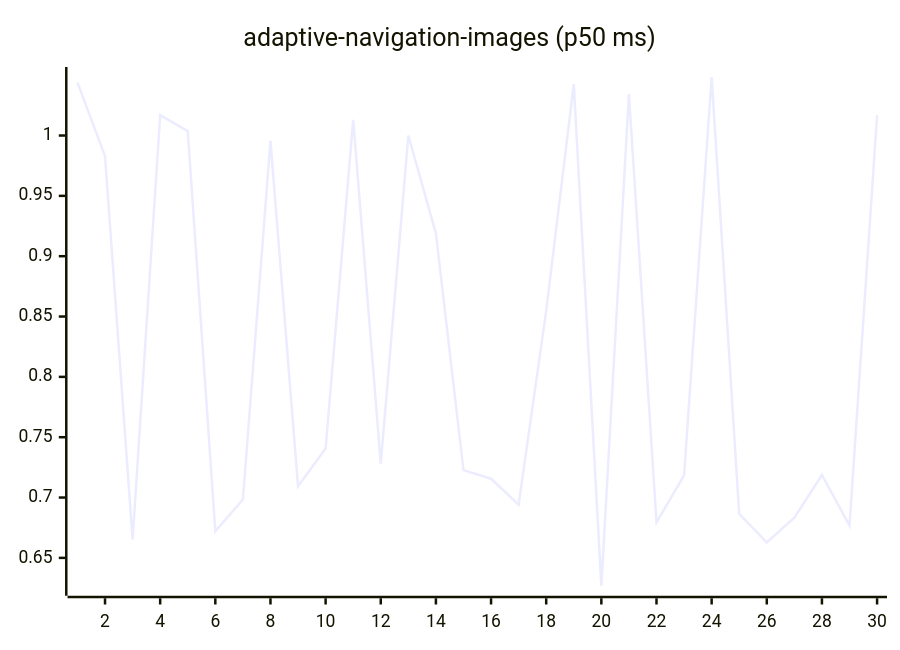
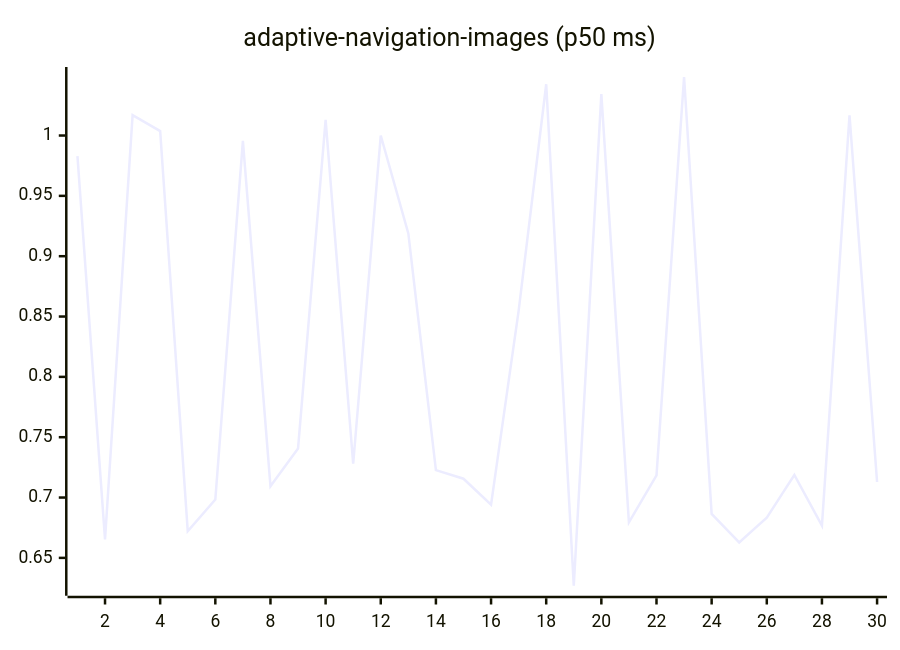
Before and after one commit to josha/Facet: the first of 27 diagrams in README.md, drawn with Mermaid. The commit also changed other lines of this file and 2 other files, not shown here.

````diff
--- a/README.md
+++ b/README.md
@@ -63,6 +63,6 @@
 ```mermaid
 xychart-beta
     title "adaptive-navigation-images (p50 ms)"
     x-axis 1 --> 30
-    line [1.0439, 0.9829, 0.6652, 1.0169, 1.0037, 0.6721, 0.6983, 0.9956, 0.7094, 0.7407, 1.0129, 0.7280, 1.0000, 0.9189, 0.7227, 0.7156, 0.6941, 0.8547, 1.0425, 0.6269, 1.0344, 0.6795, 0.7184, 1.0485, 0.6864, 0.6628, 0.6834, 0.7187, 0.6768, 1.0168]
+    line [0.9829, 0.6652, 1.0169, 1.0037, 0.6721, 0.6983, 0.9956, 0.7094, 0.7407, 1.0129, 0.7280, 1.0000, 0.9189, 0.7227, 0.7156, 0.6941, 0.8547, 1.0425, 0.6269, 1.0344, 0.6795, 0.7184, 1.0485, 0.6864, 0.6628, 0.6834, 0.7187, 0.6768, 1.0168, 0.7129]
 ```
````
